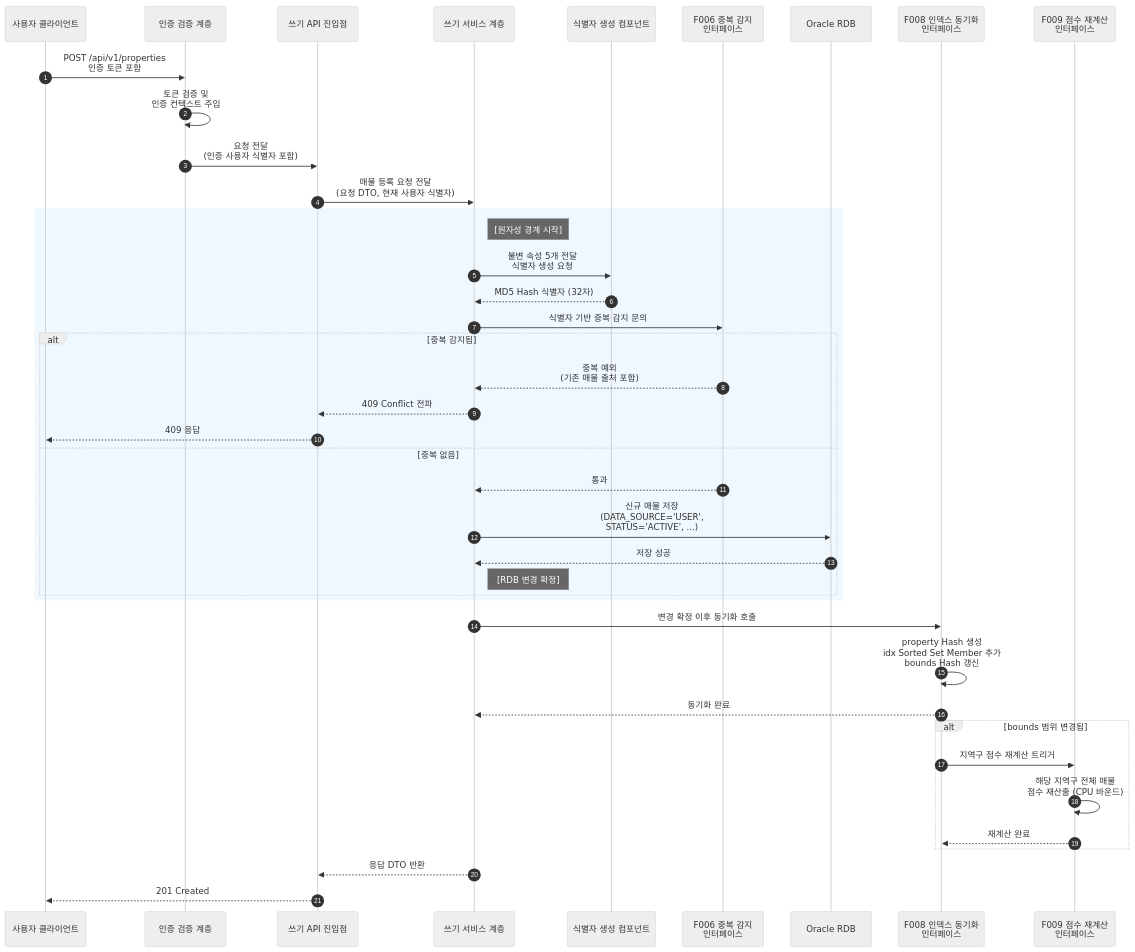
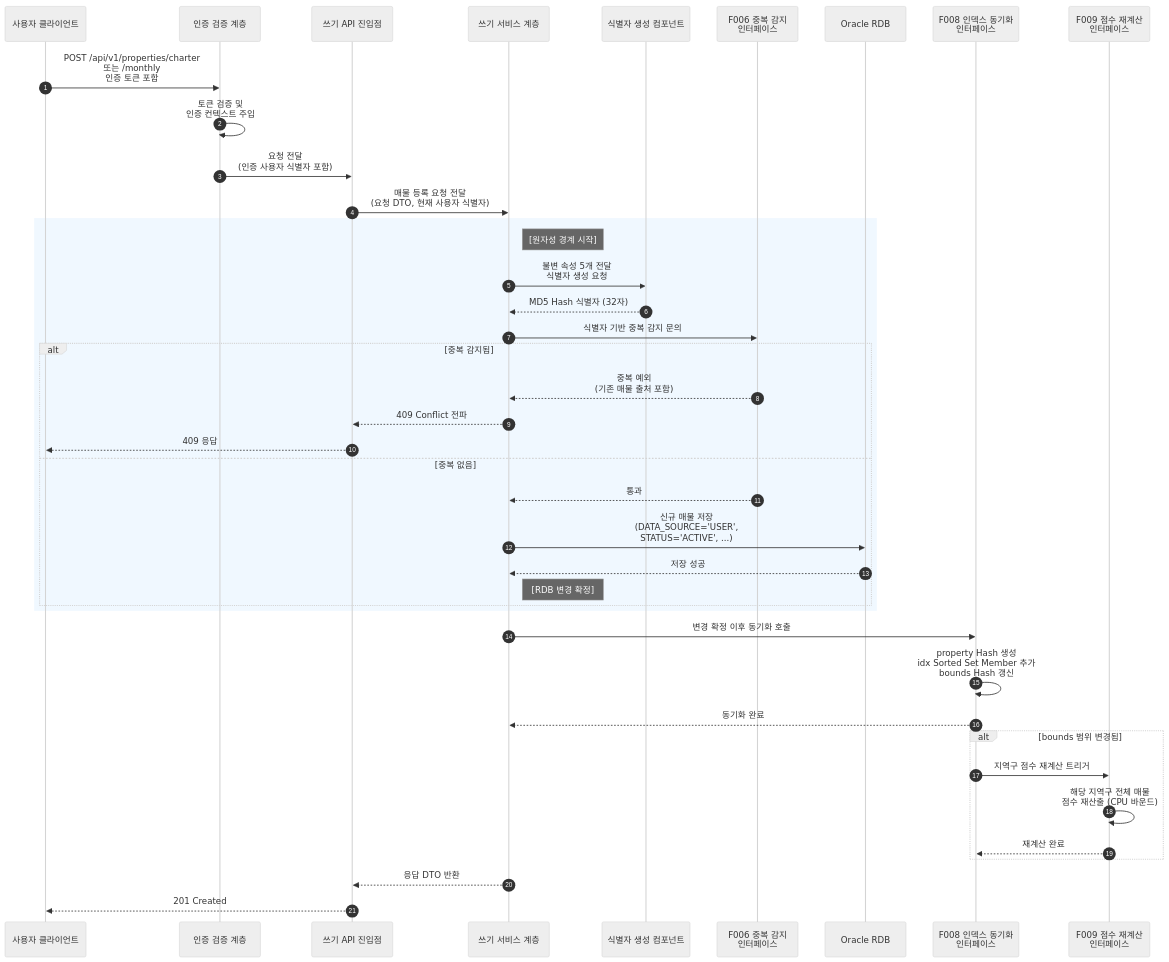
The second of 7 diagrams in docs/12. Wherehouse_고도화/3. wherehouse_고도화_설계명세서.md (bumjinDev/wherehouse_SpringBoot), drawn with Mermaid (neutral theme) before and after one commit. The commit also changed other lines of this file and 14 other files, not shown here.

````diff
--- a/docs/12. Wherehouse_고도화/3. wherehouse_고도화_설계명세서.md
+++ b/docs/12. Wherehouse_고도화/3. wherehouse_고도화_설계명세서.md
@@ -152,50 +153,50 @@
 ```mermaid
 sequenceDiagram
     autonumber
     participant Client as 사용자 클라이언트
     participant Filter as 인증 검증 계층
     participant Ctrl as 쓰기 API 진입점
     participant Svc as 쓰기 서비스 계층
     participant IdGen as 식별자 생성 컴포넌트
     participant F006 as F006 중복 감지<br/>인터페이스
     participant RDB as Oracle RDB
     participant F008 as F008 인덱스 동기화<br/>인터페이스
     participant F009 as F009 점수 재계산<br/>인터페이스
 
-    Client->>Filter: POST /api/v1/properties<br/>인증 토큰 포함
+    Client->>Filter: POST /api/v1/properties/charter<br/>또는 /monthly<br/>인증 토큰 포함
     Filter->>Filter: 토큰 검증 및<br/>인증 컨텍스트 주입
     Filter->>Ctrl: 요청 전달<br/>(인증 사용자 식별자 포함)
 
     Ctrl->>Svc: 매물 등록 요청 전달<br/>(요청 DTO, 현재 사용자 식별자)
 
     rect rgb(240, 248, 255)
     note right of Svc: [원자성 경계 시작]
     Svc->>IdGen: 불변 속성 5개 전달<br/>식별자 생성 요청
     IdGen-->>Svc: MD5 Hash 식별자 (32자)
 
     Svc->>F006: 식별자 기반 중복 감지 문의
     alt 중복 감지됨
         F006-->>Svc: 중복 예외<br/>(기존 매물 출처 포함)
         Svc-->>Ctrl: 409 Conflict 전파
         Ctrl-->>Client: 409 응답
     else 중복 없음
         F006-->>Svc: 통과
         Svc->>RDB: 신규 매물 저장<br/>(DATA_SOURCE='USER',<br/>STATUS='ACTIVE', ...)
         RDB-->>Svc: 저장 성공
         note right of Svc: [RDB 변경 확정]
     end
     end
 
     Svc->>F008: 변경 확정 이후 동기화 호출
     F008->>F008: property Hash 생성<br/>idx Sorted Set Member 추가<br/>bounds Hash 갱신
     F008-->>Svc: 동기화 완료
 
     alt bounds 범위 변경됨
         F008->>F009: 지역구 점수 재계산 트리거
         F009->>F009: 해당 지역구 전체 매물<br/>점수 재산출 (CPU 바운드)
         F009-->>F008: 재계산 완료
     end
 
     Svc-->>Ctrl: 응답 DTO 반환
     Ctrl-->>Client: 201 Created
 ```
````
